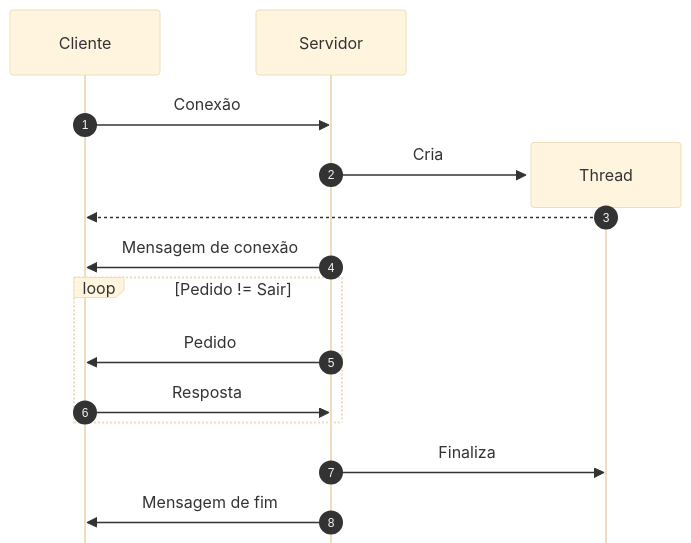
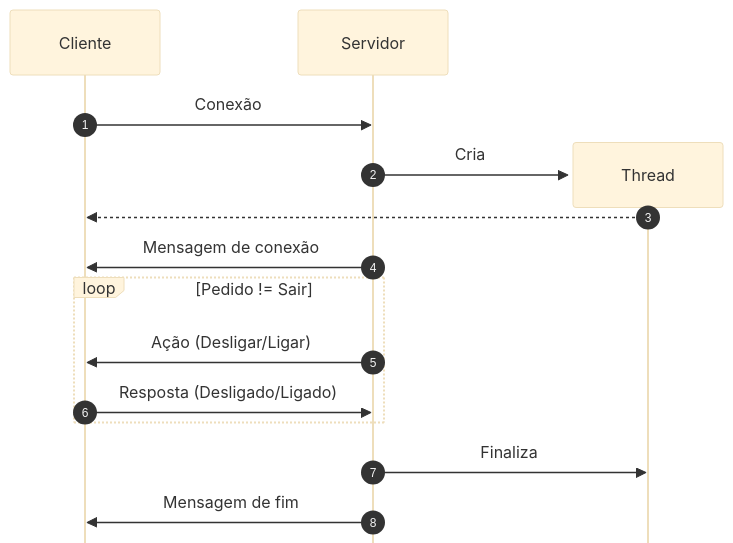
The second of 2 diagrams in readme.md (luizakuze/sockets-std), drawn with Mermaid (base theme) before and after one commit. The commit also changed other lines of this file, not shown here.

````diff
--- a/readme.md
+++ b/readme.md
@@ -25,23 +26,23 @@
 ```mermaid
 ---
 config:
     sequence:
     mirrorActors: false
 ---
 sequenceDiagram
 autonumber
     participant C as Cliente
     participant S as Servidor
 
     C ->> S: Conexão
     create participant T as Thread
     S ->> T: Cria
     T -->> C: 
     S ->> C: Mensagem de conexão
     loop Pedido != Sair
-        S ->> C: Pedido
-        C ->> S: Resposta
+        S ->> C: Ação (Desligar/Ligar)
+        C ->> S: Resposta (Desligado/Ligado)
     end
     S ->> T: Finaliza
     S ->> C: Mensagem de fim
 ```
````
